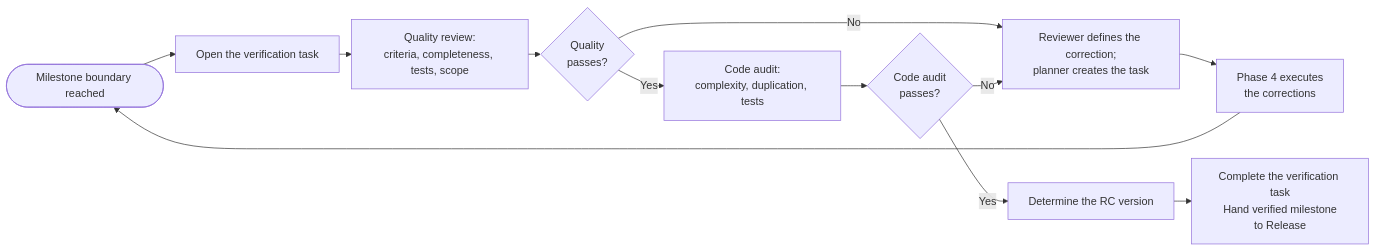
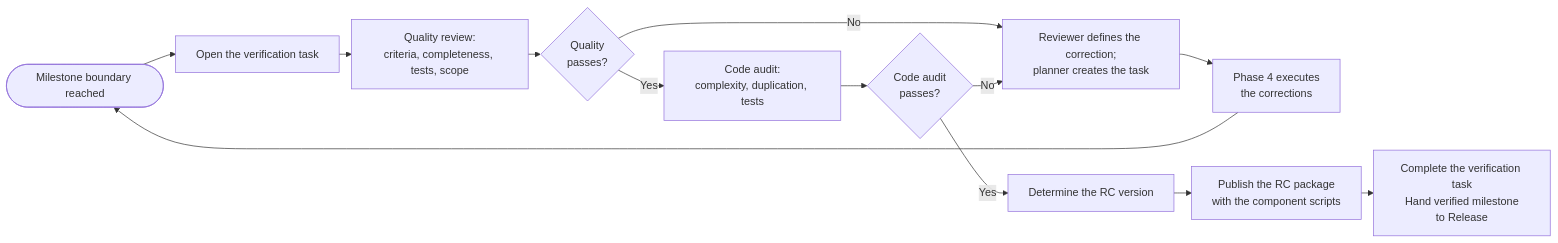
One commit to lyndametref/opencode-dev-workflow changed the diagram in workflows/orchestrator/5-Verification.md. Above: the diagram before and after it, drawn with Mermaid. The commit also changed other lines of this file and 24 other files, not shown here.

````diff
--- a/workflows/orchestrator/5-Verification.md
+++ b/workflows/orchestrator/5-Verification.md
@@ -32,15 +32,16 @@
 ```mermaid
 %%{init: {"flowchart": {"nodeSpacing": 10, "rankSpacing": 18}}}%%
 flowchart LR
     IN([Milestone boundary reached]) --> OPEN["Open the verification task"]
     OPEN --> QR["Quality review:<br/>criteria, completeness, tests, scope"]
     QR --> QOK{"Quality<br/>passes?"}
     QOK -->|"No"| CORR["Reviewer defines the correction;<br/>planner creates the task"]
     CORR --> IMPL["Phase 4 executes<br/>the corrections"]
     IMPL --> IN
     QOK -->|"Yes"| CA["Code audit:<br/>complexity, duplication, tests"]
     CA --> COK{"Code audit<br/>passes?"}
     COK -->|"No"| CORR
     COK -->|"Yes"| RCV["Determine the RC version"]
-    RCV --> OUT["Complete the verification task<br/>Hand verified milestone<br/>to Release"]
+    RCV --> PKG["Publish the RC package<br/>with the component scripts"]
+    PKG --> OUT["Complete the verification task<br/>Hand verified milestone<br/>to Release"]
 ```
````
